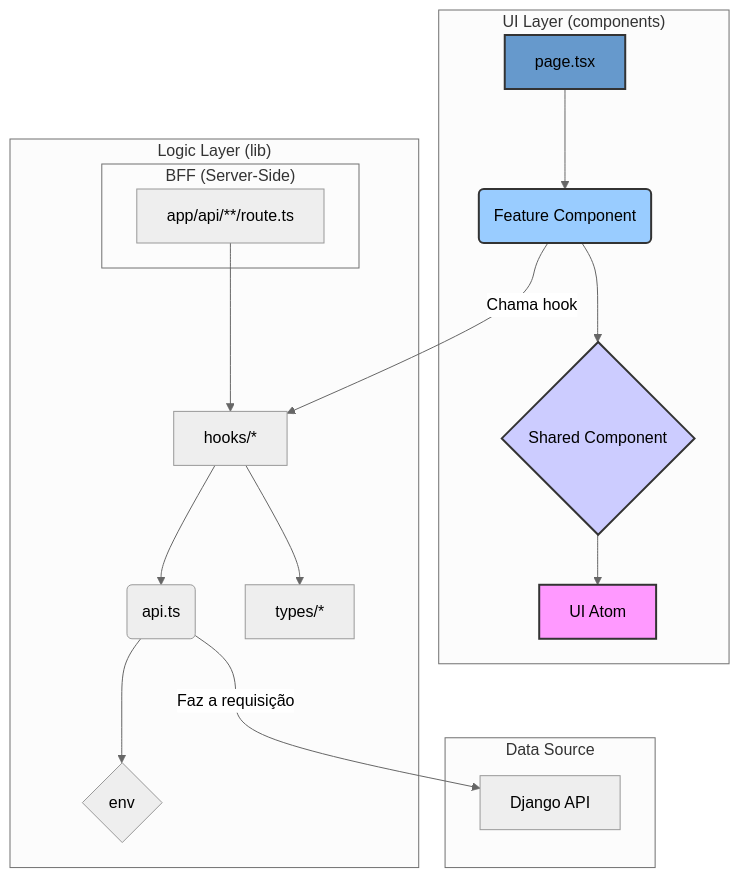
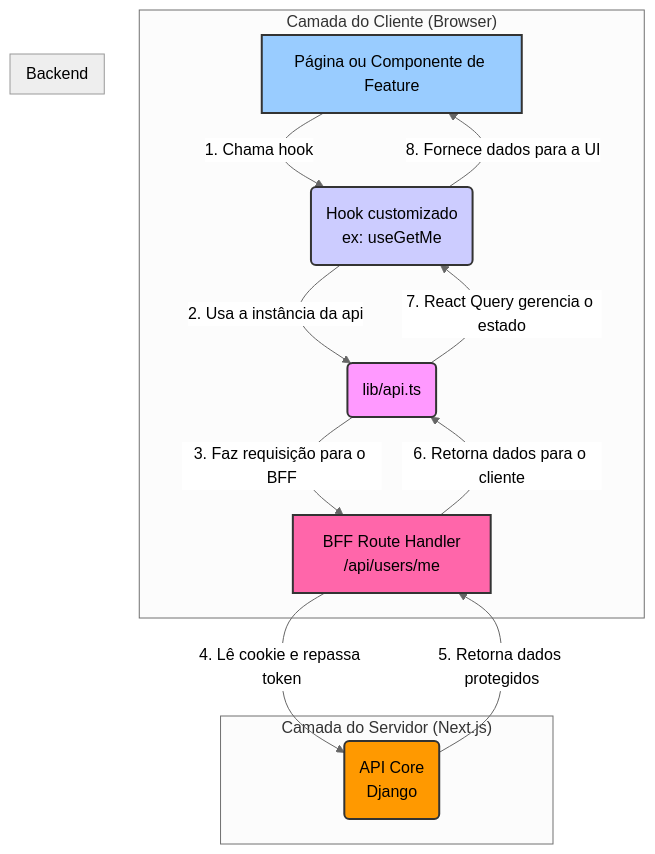
Before and after one commit to edududs/PoliticSystem: the diagram in ui/ARCHITECTURE.md, drawn with Mermaid (neutral theme). The commit also changed other lines of this file and 1 other file, not shown here.

Commit message:
Refactor hooks and update architecture documentation for user data fetching
- Renamed `useGetUsers` to `useGetMe` to better reflect its purpose of fetching the current user's data.
- Updated the implementation of `useGetMe` to call the appropriate API endpoint for authenticated user data.
- Enhanced `ARCHITECTURE.md` to include the new hook and its usage, clarifying the data-fetching flow.
- Added a new section in `SYSTEM_FLOWS.md` to document the authenticated request flow for user data retrieval, emphasizing the role of the BFF in handling authentication tokens.

````diff
--- a/ui/ARCHITECTURE.md
+++ b/ui/ARCHITECTURE.md
@@ -236,30 +239,27 @@
 ```mermaid
 graph TD
-    subgraph "UI Layer (components)"
-        A[page.tsx] --> B(Feature Component);
-        B --> C{Shared Component};
-        C --> D[UI Atom];
+    subgraph "Camada do Cliente (Browser)"
+        A[Página ou Componente de Feature] -->|1. Chama hook| B(Hook customizado<br/>ex: useGetMe);
+        B -->|2. Usa a instância da api| C(lib/api.ts);
+        C -->|3. Faz requisição para o BFF| D[BFF Route Handler<br/>/api/users/me];
     end
 
-    subgraph "Logic Layer (lib)"
-        subgraph "BFF (Server-Side)"
-            RouteHandler[app/api/**/route.ts]
-        end
-        RouteHandler --> E[hooks/*];
-        E --> F(api.ts);
-        E --> G[types/*];
-        F --> H{env};
+    subgraph "Camada do Servidor (Next.js)"
+        D -->|4. Lê cookie e repassa token| E(API Core<br/>Django);
     end
 
-    subgraph "Data Source"
-        I[Django API]
+    subgraph "Backend"
+        E -->|5. Retorna dados protegidos| D;
     end
 
-    B -->|Chama hook| E;
-    F -->|Faz a requisição| I;
+    D -->|6. Retorna dados para o cliente| C;
+    C -->|7. React Query gerencia o estado| B;
+    B -->|8. Fornece dados para a UI| A;
 
-    style D fill:#f9f,stroke:#333,stroke-width:2px
-    style C fill:#ccf,stroke:#333,stroke-width:2px
-    style B fill:#9cf,stroke:#333,stroke-width:2px
-    style A fill:#69c,stroke:#333,stroke-width:2px
+
+    style A fill:#9cf,stroke:#333,stroke-width:2px
+    style B fill:#ccf,stroke:#333,stroke-width:2px
+    style C fill:#f9f,stroke:#333,stroke-width:2px
+    style D fill:#f6a,stroke:#333,stroke-width:2px
+    style E fill:#f90,stroke:#333,stroke-width:2px
 ```
````
